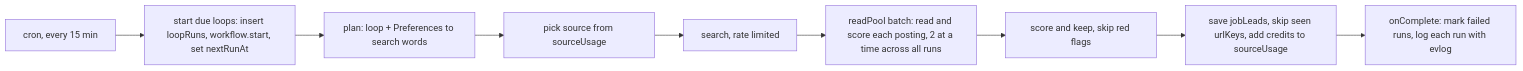
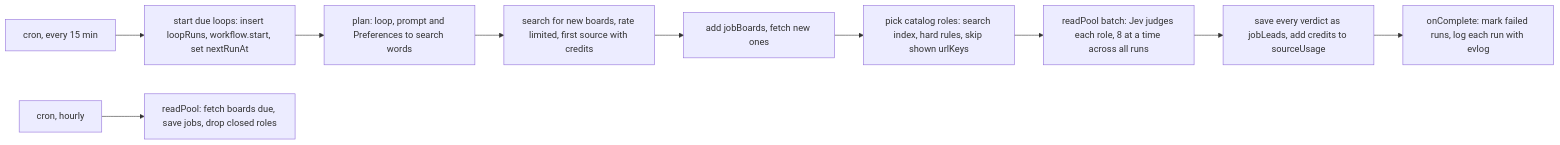
The eighth of 9 diagrams in docs/database-design.md (saranatour1/job-tracking-helper), drawn with Mermaid before and after one commit. The commit also changed other lines of this file and 46 other files, not shown here.

First line of the commit message:
feat(loops): judge catalog roles with Jev through the Convex AI gateway

````diff
--- a/docs/database-design.md
+++ b/docs/database-design.md
@@ -421,11 +451,12 @@
 ```mermaid
 flowchart LR
     C[cron, every 15 min] --> D[start due loops: insert loopRuns, workflow.start, set nextRunAt]
-    D --> P[plan: loop + Preferences to search words]
-    P --> S[pick source from sourceUsage]
-    S --> Q[search, rate limited]
-    Q --> R[readPool batch: read and score each posting, 2 at a time across all runs]
-    R --> K[score and keep, skip red flags]
-    K --> V[save jobLeads, skip seen urlKeys, add credits to sourceUsage]
+    D --> P[plan: loop, prompt and Preferences to search words]
+    P --> S[search for new boards, rate limited, first source with credits]
+    S --> B[add jobBoards, fetch new ones]
+    B --> Q[pick catalog roles: search index, hard rules, skip shown urlKeys]
+    Q --> R[readPool batch: Jev judges each role, 8 at a time across all runs]
+    R --> V[save every verdict as jobLeads, add credits to sourceUsage]
     V --> O[onComplete: mark failed runs, log each run with evlog]
+    H[cron, hourly] --> F[readPool: fetch boards due, save jobs, drop closed roles]
 ```
````
